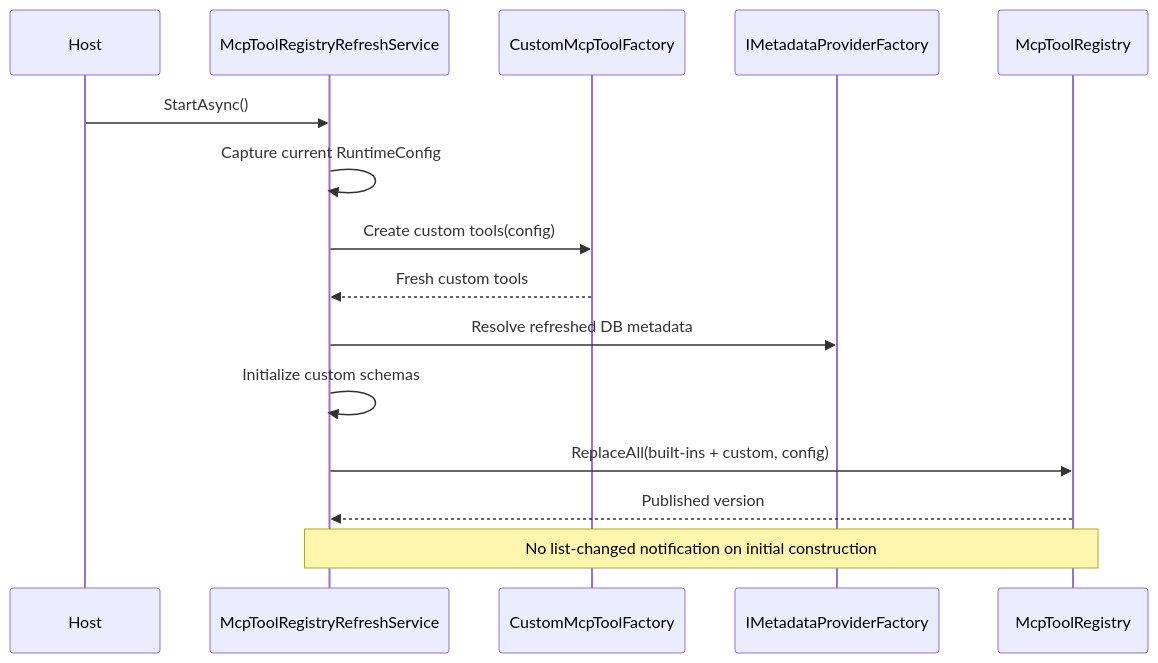
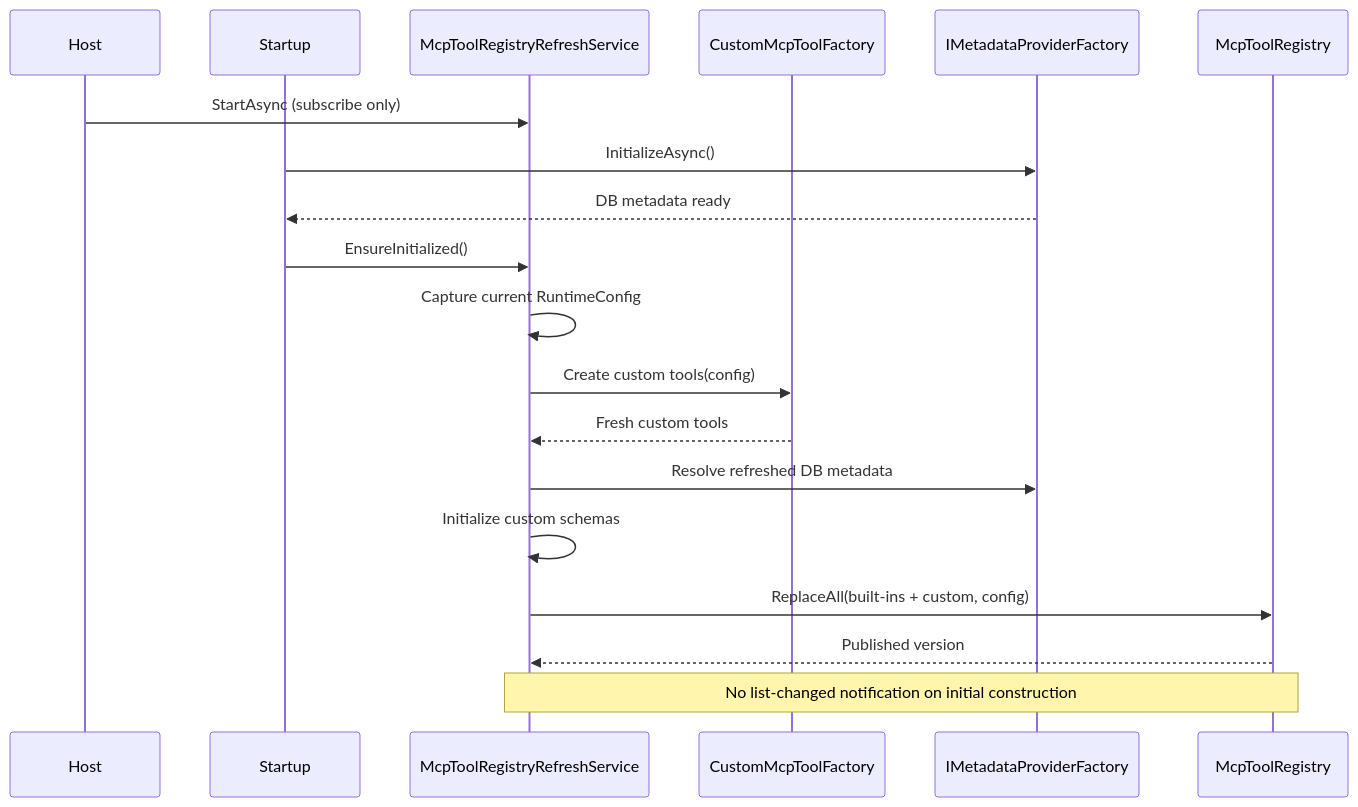
The first of 4 diagrams in docs/design/McpToolRegistryHotReload.md (Azure/data-api-builder), drawn with Mermaid before and after one commit. The commit also changed other lines of this file and 5 other files, not shown here.

Commit message:
fix(mcp): initialize tool schemas after metadata

````diff
--- a/docs/design/McpToolRegistryHotReload.md
+++ b/docs/design/McpToolRegistryHotReload.md
@@ -354,18 +364,22 @@
 ```mermaid
 sequenceDiagram
     participant Host
+    participant Startup
     participant Refresh as McpToolRegistryRefreshService
     participant Factory as CustomMcpToolFactory
     participant Metadata as IMetadataProviderFactory
     participant Registry as McpToolRegistry
 
-    Host->>Refresh: StartAsync()
+    Host->>Refresh: StartAsync (subscribe only)
+    Startup->>Metadata: InitializeAsync()
+    Metadata-->>Startup: DB metadata ready
+    Startup->>Refresh: EnsureInitialized()
     Refresh->>Refresh: Capture current RuntimeConfig
     Refresh->>Factory: Create custom tools(config)
     Factory-->>Refresh: Fresh custom tools
     Refresh->>Metadata: Resolve refreshed DB metadata
     Refresh->>Refresh: Initialize custom schemas
     Refresh->>Registry: ReplaceAll(built-ins + custom, config)
     Registry-->>Refresh: Published version
     Note over Refresh,Registry: No list-changed notification on initial construction
 ```
````
